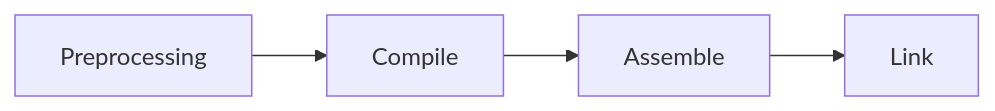
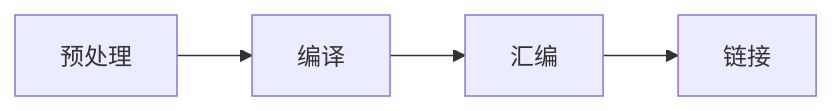
The first of 2 diagrams in content/ofs/ofsp/02_helloWorld.md (Aerosand/aerosand.github.io), drawn with Mermaid before and after one commit. The commit also changed other lines of this file and 8 other files, not shown here.

````diff
--- a/content/ofs/ofsp/02_helloWorld.md
+++ b/content/ofs/ofsp/02_helloWorld.md
@@ -171,4 +171,4 @@
 ```mermaid
 flowchart LR
-    Preprocessing --> Compile --> Assemble --> Link
+    预处理 --> 编译 --> 汇编 --> 链接
 ```
````
